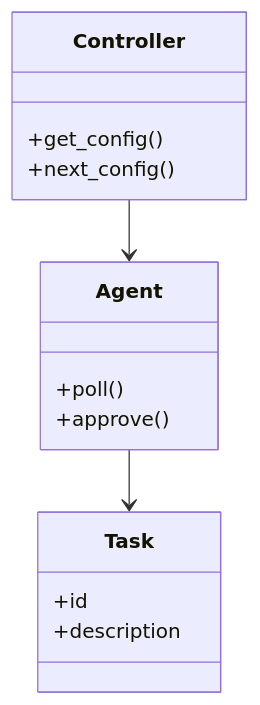
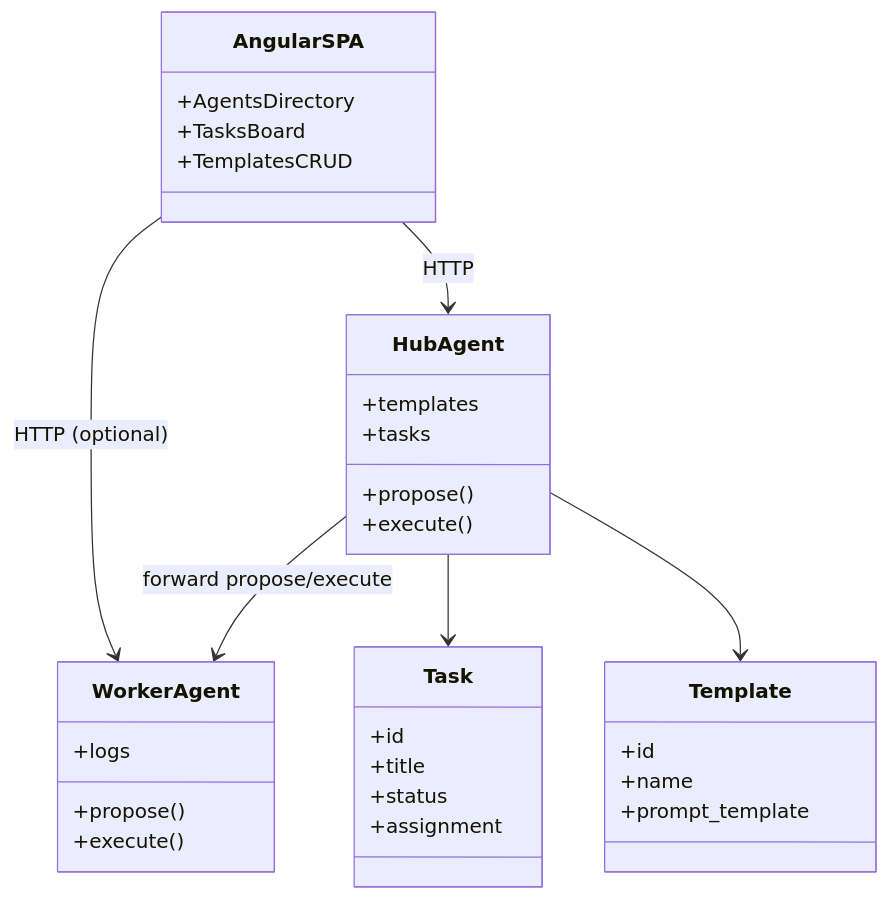
Before and after one commit to ananta888/ananta: the diagram in architektur/uml/backend-class-diagram.mmd, drawn with Mermaid. The commit also changed 4 other files, not shown here.

First line of the commit message:
Update architecture diagrams to reflect new Angular-based SPA and Hub-worker model

```diff
--- a/architektur/uml/backend-class-diagram.mmd
+++ b/architektur/uml/backend-class-diagram.mmd
@@ -1,15 +1,34 @@
 classDiagram
-    class Controller {
-        +get_config()
-        +next_config()
+    class AngularSPA {
+        +AgentsDirectory
+        +TasksBoard
+        +TemplatesCRUD
     }
-    class Agent {
-        +poll()
-        +approve()
+    class HubAgent {
+        +templates
+        +tasks
+        +propose()
+        +execute()
+    }
+    class WorkerAgent {
+        +propose()
+        +execute()
+        +logs
     }
     class Task {
         +id
-        +description
+        +title
+        +status
+        +assignment
     }
-    Controller --> Agent
-    Agent --> Task
+    class Template {
+        +id
+        +name
+        +prompt_template
+    }
+
+    AngularSPA --> HubAgent : HTTP
+    AngularSPA --> WorkerAgent : HTTP (optional)
+    HubAgent --> WorkerAgent : forward propose/execute
+    HubAgent --> Task
+    HubAgent --> Template
```
